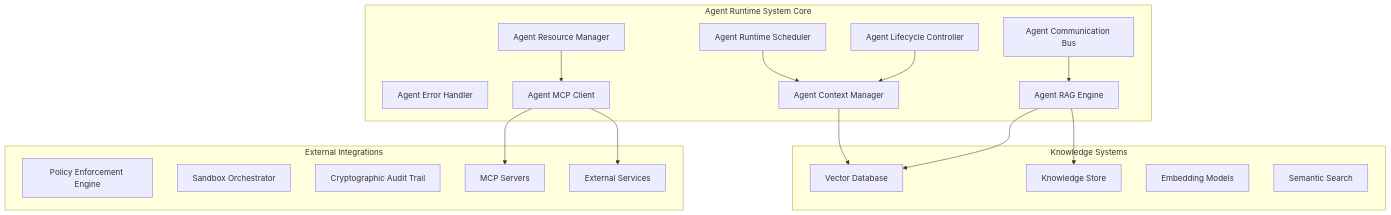
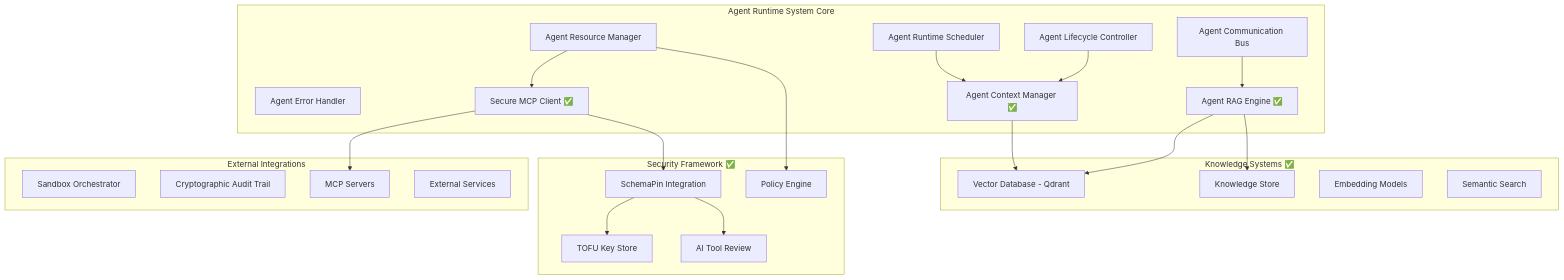
The first of 2 diagrams in IMPLEMENTATION_PLAN_EXTENDED.md (ThirdKeyAI/Symbiont), drawn with Mermaid before and after one commit. The commit also changed other lines of this file and 2 other files, not shown here.

````diff
--- a/IMPLEMENTATION_PLAN_EXTENDED.md
+++ b/IMPLEMENTATION_PLAN_EXTENDED.md
@@ -289,39 +262,48 @@
 ```mermaid
 graph TB
     subgraph "Agent Runtime System Core"
         ARS[Agent Runtime Scheduler]
         ALC[Agent Lifecycle Controller]
         ARM[Agent Resource Manager]
         ACB[Agent Communication Bus]
         AEH[Agent Error Handler]
-        ACM[Agent Context Manager]
-        ARAG[Agent RAG Engine]
-        AMCP[Agent MCP Client]
+        ACM[Agent Context Manager ✅]
+        ARAG[Agent RAG Engine ✅]
+        AMCP[Secure MCP Client ✅]
     end
     
-    subgraph "Knowledge Systems"
-        VDB[Vector Database]
+    subgraph "Knowledge Systems ✅"
+        VDB[Vector Database - Qdrant]
         KS[Knowledge Store]
         EM[Embedding Models]
         SS[Semantic Search]
     end
     
+    subgraph "Security Framework ✅"
+        SP[SchemaPin Integration]
+        TKS[TOFU Key Store]
+        AIR[AI Tool Review]
+        PE[Policy Engine]
+    end
+    
     subgraph "External Integrations"
-        PE[Policy Enforcement Engine]
         SO[Sandbox Orchestrator]
         CAT[Cryptographic Audit Trail]
         MCP[MCP Servers]
         ES[External Services]
     end
     
     ACM --> VDB
     ARAG --> VDB
     ARAG --> KS
     AMCP --> MCP
-    AMCP --> ES
+    AMCP --> SP
+    SP --> TKS
+    SP --> AIR
+    ARM --> PE
     
     ARS --> ACM
     ALC --> ACM
     ACB --> ARAG
     ARM --> AMCP
 ```
````
